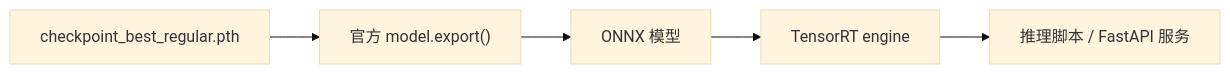
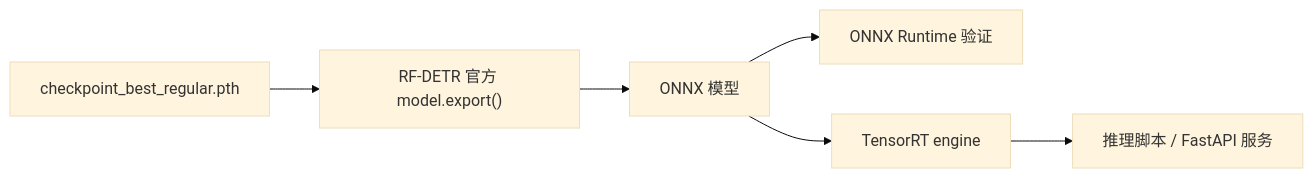
One commit to zhoujiawei2002-arch/rf-detr changed the third of 3 diagrams in README.md. Above: the diagram before and after it, drawn with Mermaid (base theme). The commit also changed other lines of this file, not shown here.

Commit message:
Update README with project details and diagrams

````diff
--- a/README.md
+++ b/README.md
@@ -152,7 +160,8 @@
 ```mermaid
 flowchart LR
-    A["checkpoint_best_regular.pth"] --> B["官方 model.export()"]
+    A["checkpoint_best_regular.pth"] --> B["RF-DETR 官方 model.export()"]
     B --> C["ONNX 模型"]
-    C --> D["TensorRT engine"]
-    D --> E["推理脚本 / FastAPI 服务"]
+    C --> D["ONNX Runtime 验证"]
+    C --> E["TensorRT engine"]
+    E --> F["推理脚本 / FastAPI 服务"]
 ```
````
